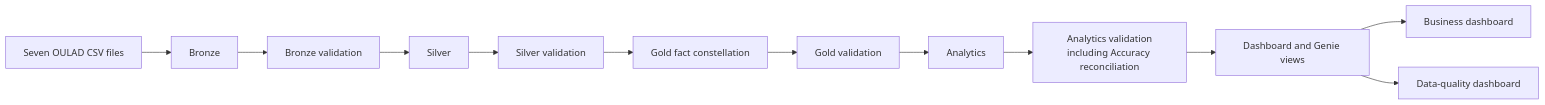
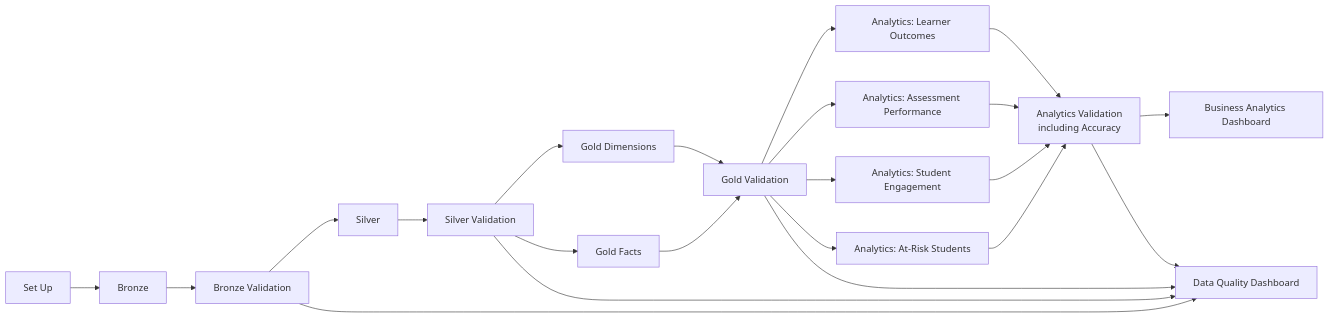
Before and after one commit to killuazai/oulad-dataset: the diagram in README.md, drawn with Mermaid. The commit also changed other lines of this file and 10 other files, not shown here.

````diff
--- a/README.md
+++ b/README.md
@@ -7,14 +7,24 @@
 ```mermaid
 flowchart LR
-    S[Seven OULAD CSV files] --> B[Bronze]
-    B --> QB[Bronze validation]
-    QB --> C[Silver]
-    C --> QS[Silver validation]
-    QS --> G[Gold fact constellation]
-    G --> QG[Gold validation]
-    QG --> A[Analytics]
-    A --> QA[Analytics validation<br/>including Accuracy reconciliation]
-    QA --> V[Dashboard and Genie views]
-    V --> BD[Business dashboard]
-    V --> DD[Data-quality dashboard]
+    SET[Set Up] --> B[Bronze]
+    B --> QB[Bronze Validation]
+    QB --> S[Silver]
+    S --> QS[Silver Validation]
+    QS --> GD[Gold Dimensions]
+    QS --> GF[Gold Facts]
+    GD --> QG[Gold Validation]
+    GF --> QG
+    QG --> LO[Analytics: Learner Outcomes]
+    QG --> AP[Analytics: Assessment Performance]
+    QG --> SE[Analytics: Student Engagement]
+    QG --> AR[Analytics: At-Risk Students]
+    LO --> QA[Analytics Validation<br/>including Accuracy]
+    AP --> QA
+    SE --> QA
+    AR --> QA
+    QA --> BD[Business Analytics Dashboard]
+    QB --> DD[Data Quality Dashboard]
+    QS --> DD
+    QG --> DD
+    QA --> DD
 ```
````
